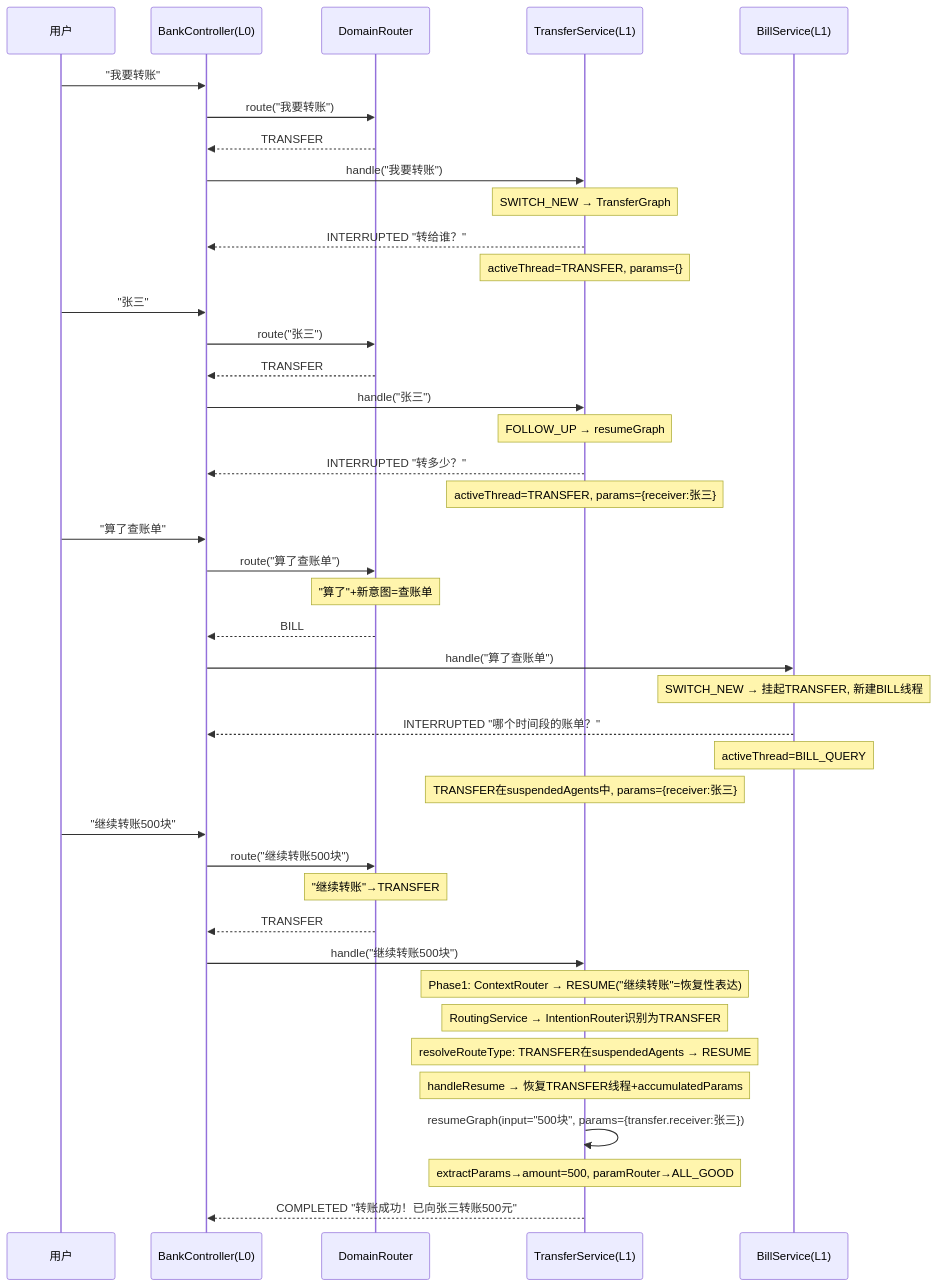
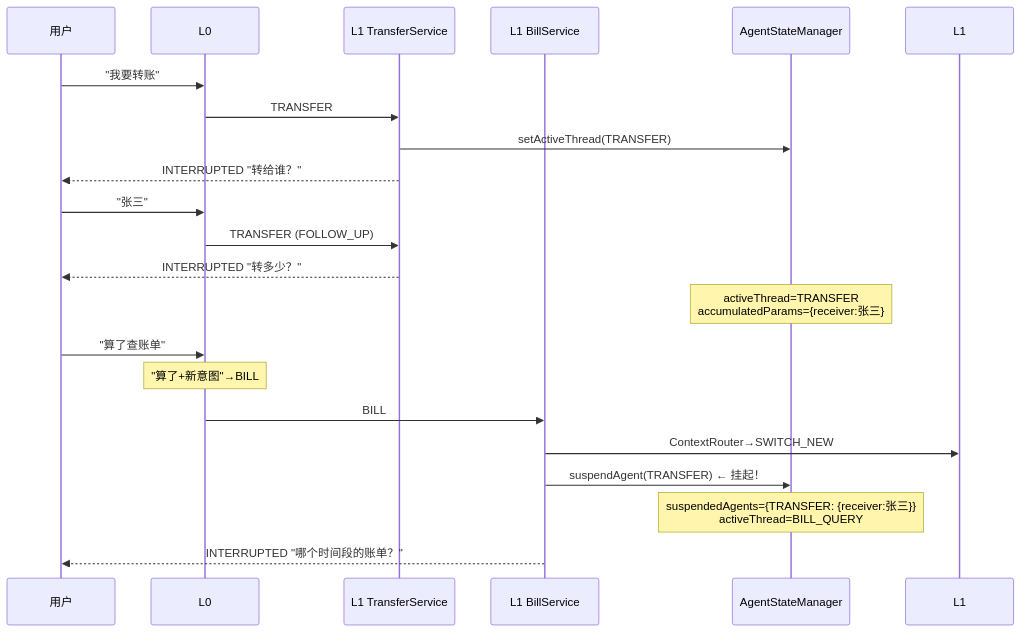
Diagram 14 of 22 in ARCHITECTURE-FULL.md (michael-lin-45/mobile-ai-bank-demo---workbuddy), drawn with Mermaid before and after one commit. The commit also changed other lines of this file and 30 other files, not shown here.

````diff
--- a/ARCHITECTURE-FULL.md
+++ b/ARCHITECTURE-FULL.md
@@ -511,47 +545,26 @@
 ```mermaid
 sequenceDiagram
     participant U as 用户
-    participant BC as BankController(L0)
-    participant DR as DomainRouter
-    participant TS as TransferService(L1)
-    participant BS as BillService(L1)
+    participant L0 as L0
+    participant TS as L1 TransferService
+    participant BS as L1 BillService
+    participant SM as AgentStateManager
     
-    U->>BC: "我要转账"
-    BC->>DR: route("我要转账")
-    DR-->>BC: TRANSFER
-    BC->>TS: handle("我要转账")
-    Note over TS: SWITCH_NEW → TransferGraph
-    TS-->>BC: INTERRUPTED "转给谁？"
-    Note over TS: activeThread=TRANSFER, params={}
+    U->>L0: "我要转账"
+    L0->>TS: TRANSFER
+    TS->>SM: setActiveThread(TRANSFER)
+    TS-->>U: INTERRUPTED "转给谁？"
     
-    U->>BC: "张三"
-    BC->>DR: route("张三")
-    DR-->>BC: TRANSFER
-    BC->>TS: handle("张三")
-    Note over TS: FOLLOW_UP → resumeGraph
-    TS-->>BC: INTERRUPTED "转多少？"
-    Note over TS: activeThread=TRANSFER, params={receiver:张三}
+    U->>L0: "张三"
+    L0->>TS: TRANSFER (FOLLOW_UP)
+    TS-->>U: INTERRUPTED "转多少？"
+    Note over SM: activeThread=TRANSFER<br/>accumulatedParams={receiver:张三}
     
-    U->>BC: "算了查账单"
-    BC->>DR: route("算了查账单")
-    Note over DR: "算了"+新意图=查账单
-    DR-->>BC: BILL
-    BC->>BS: handle("算了查账单")
-    Note over BS: SWITCH_NEW → 挂起TRANSFER, 新建BILL线程
-    BS-->>BC: INTERRUPTED "哪个时间段的账单？"
-    Note over BS: activeThread=BILL_QUERY
-    Note over TS: TRANSFER在suspendedAgents中, params={receiver:张三}
-    
-    U->>BC: "继续转账500块"
-    BC->>DR: route("继续转账500块")
-    Note over DR: "继续转账"→TRANSFER
-    DR-->>BC: TRANSFER
-    BC->>TS: handle("继续转账500块")
-    Note over TS: Phase1: ContextRouter → RESUME("继续转账"=恢复性表达)
-    Note over TS: RoutingService → IntentionRouter识别为TRANSFER
-    Note over TS: resolveRouteType: TRANSFER在suspendedAgents → RESUME
-    Note over TS: handleResume → 恢复TRANSFER线程+accumulatedParams
-    TS->>TS: resumeGraph(input="500块", params={transfer.receiver:张三})
-    Note over TS: extractParams→amount=500, paramRouter→ALL_GOOD
-    TS-->>BC: COMPLETED "转账成功！已向张三转账500元"
+    U->>L0: "算了查账单"
+    Note over L0: "算了+新意图"→BILL
+    L0->>BS: BILL
+    BS->>L1: ContextRouter→SWITCH_NEW
+    BS->>SM: suspendAgent(TRANSFER) ← 挂起！
+    Note over SM: suspendedAgents={TRANSFER: {receiver:张三}}<br/>activeThread=BILL_QUERY
+    BS-->>U: INTERRUPTED "哪个时间段的账单？"
 ```
````
